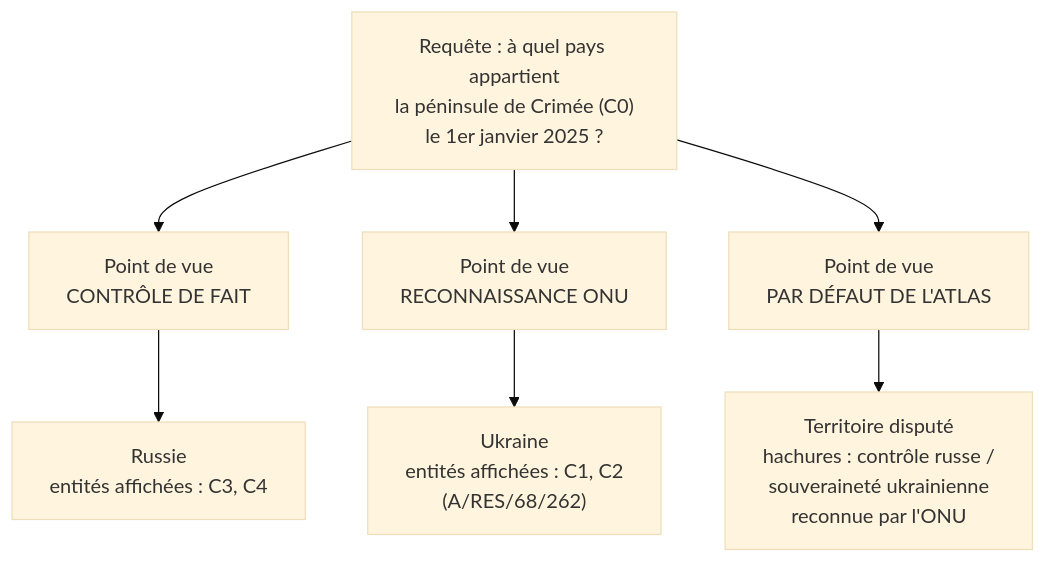
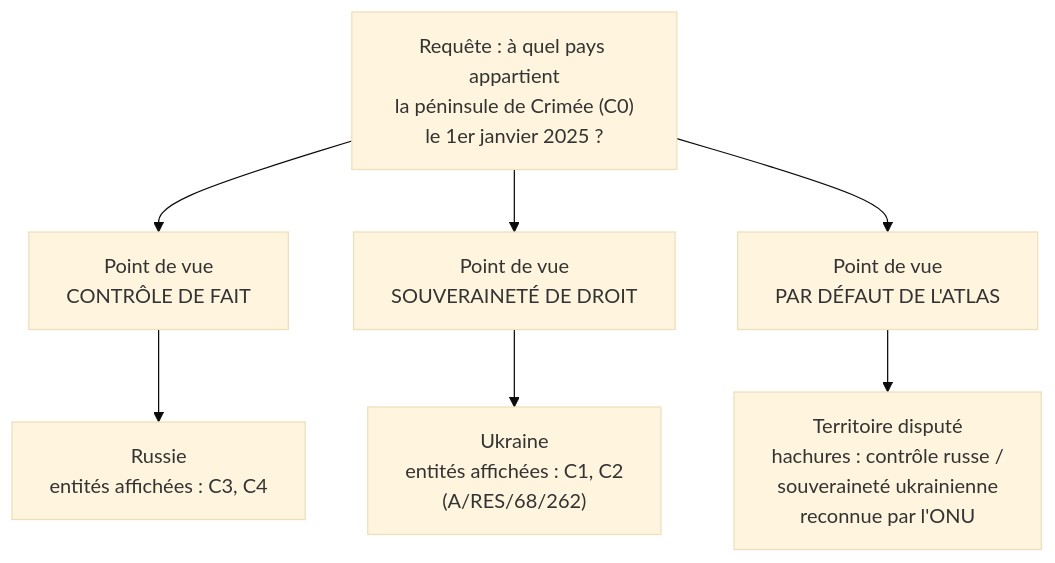
Before and after one commit to Lukianos76/atlas: the fifth of 5 diagrams in docs/modele-donnees.md, drawn with Mermaid (base theme). The commit also changed other lines of this file and 5 other files, not shown here.

````diff
--- a/docs/modele-donnees.md
+++ b/docs/modele-donnees.md
@@ -989,10 +989,10 @@
 ```mermaid
 flowchart TB
     Q["Requête : à quel pays appartient<br/>la péninsule de Crimée (C0)<br/>le 1er janvier 2025 ?"]
     Q --> PV1["Point de vue<br/>CONTRÔLE DE FAIT"]
-    Q --> PV2["Point de vue<br/>RECONNAISSANCE ONU"]
+    Q --> PV2["Point de vue<br/>SOUVERAINETÉ DE DROIT"]
     Q --> PV3["Point de vue<br/>PAR DÉFAUT DE L'ATLAS"]
     PV1 --> R1["Russie<br/>entités affichées : C3, C4"]
     PV2 --> R2["Ukraine<br/>entités affichées : C1, C2<br/>(A/RES/68/262)"]
     PV3 --> R3["Territoire disputé<br/>hachures : contrôle russe /<br/>souveraineté ukrainienne<br/>reconnue par l'ONU"]
 ```
````
